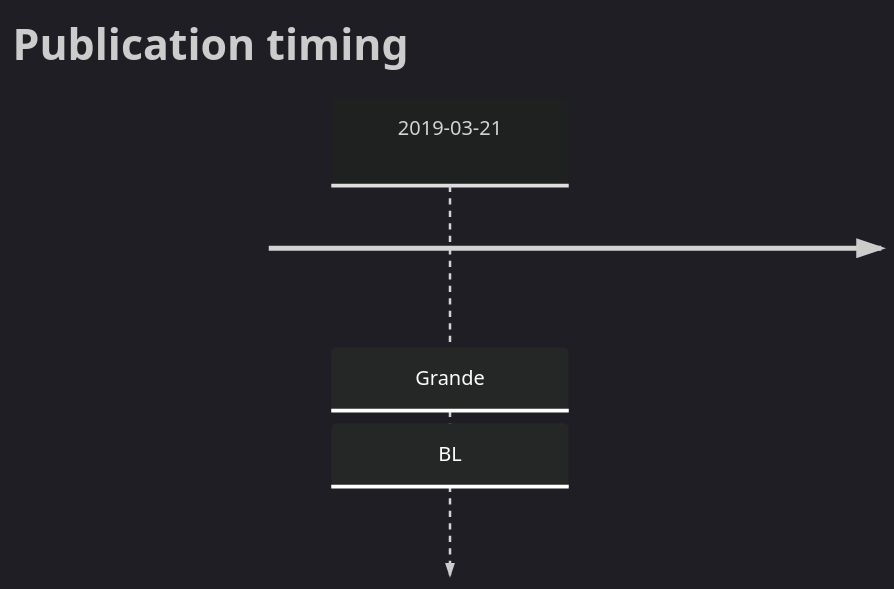
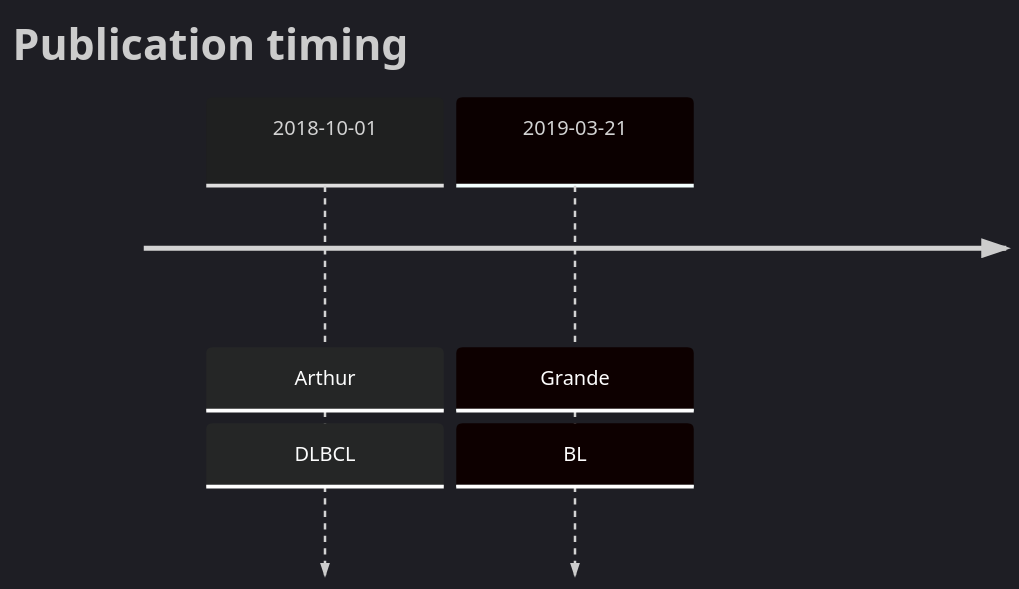
Before and after one commit to morinlab/lymphopedia: the diagram in USP7.md, drawn with Mermaid.

Commit message:
update tables

````diff
--- a/USP7.md
+++ b/USP7.md
@@ -9,6 +9,7 @@
 ```mermaid
 %%{init: { 'logLevel': 'debug', 'theme': 'dark' } }%%
 timeline
     title Publication timing
+2018-10-01 : Arthur : DLBCL
       2019-03-21 : Grande : BL
 ```
````
